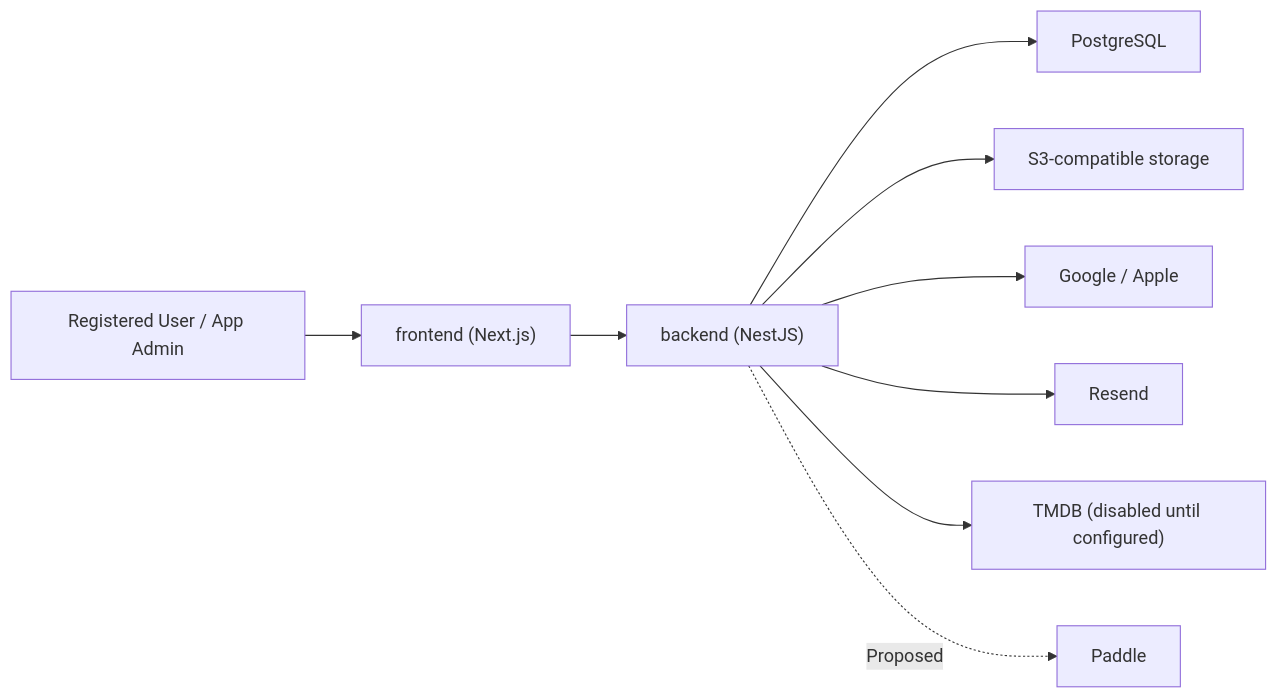
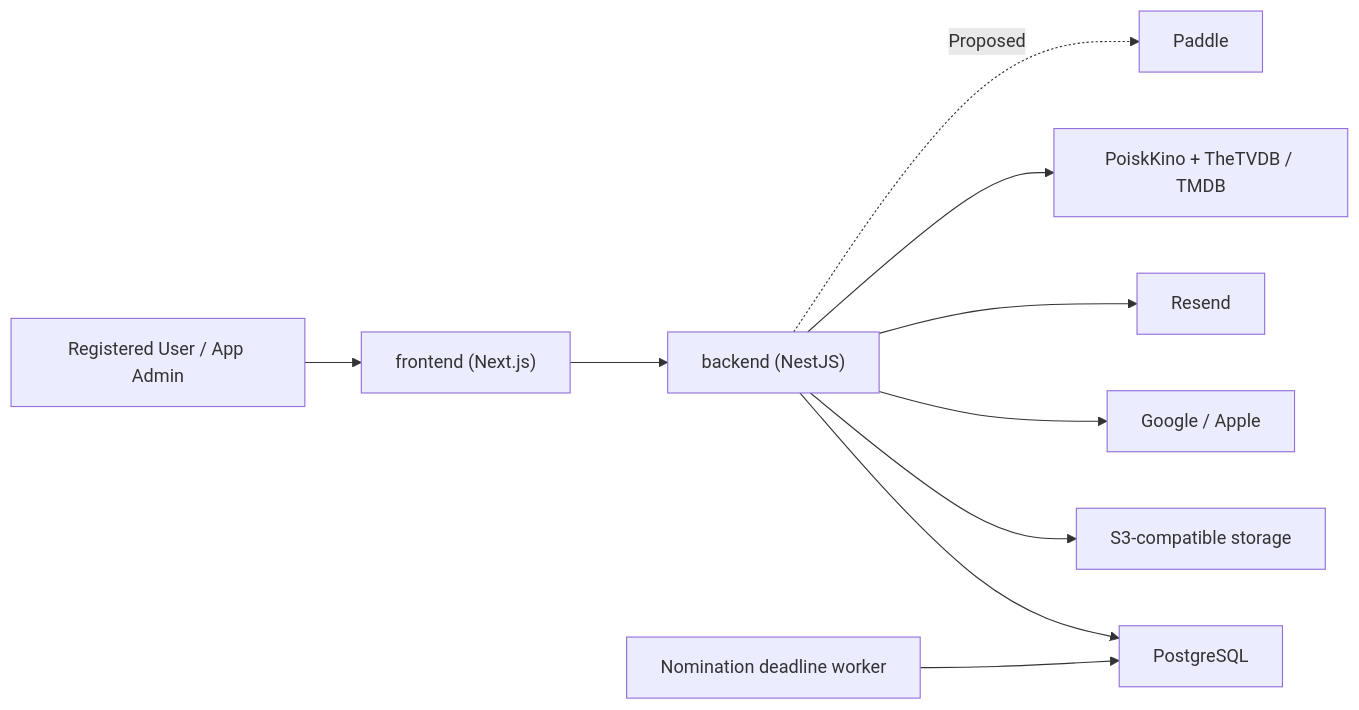
One commit to Shagon1k/PickFlick changed the first of 4 diagrams in ARCHITECTURE.md. Above: the diagram before and after it, drawn with Mermaid. The commit also changed other lines of this file and 348 other files, not shown here.

````diff
--- a/ARCHITECTURE.md
+++ b/ARCHITECTURE.md
@@ -24,11 +24,12 @@
 ```mermaid
 flowchart LR
   User["Registered User / App Admin"] --> Frontend["frontend (Next.js)"]
   Frontend --> API["backend (NestJS)"]
   API --> DB["PostgreSQL"]
   API --> Objects["S3-compatible storage"]
   API --> OAuth["Google / Apple"]
   API --> Email["Resend"]
-  API --> TMDB["TMDB (disabled until configured)"]
+  API --> Catalog["PoiskKino + TheTVDB / TMDB"]
+  Worker["Nomination deadline worker"] --> DB
   API -. Proposed .-> Paddle["Paddle"]
 ```
````
